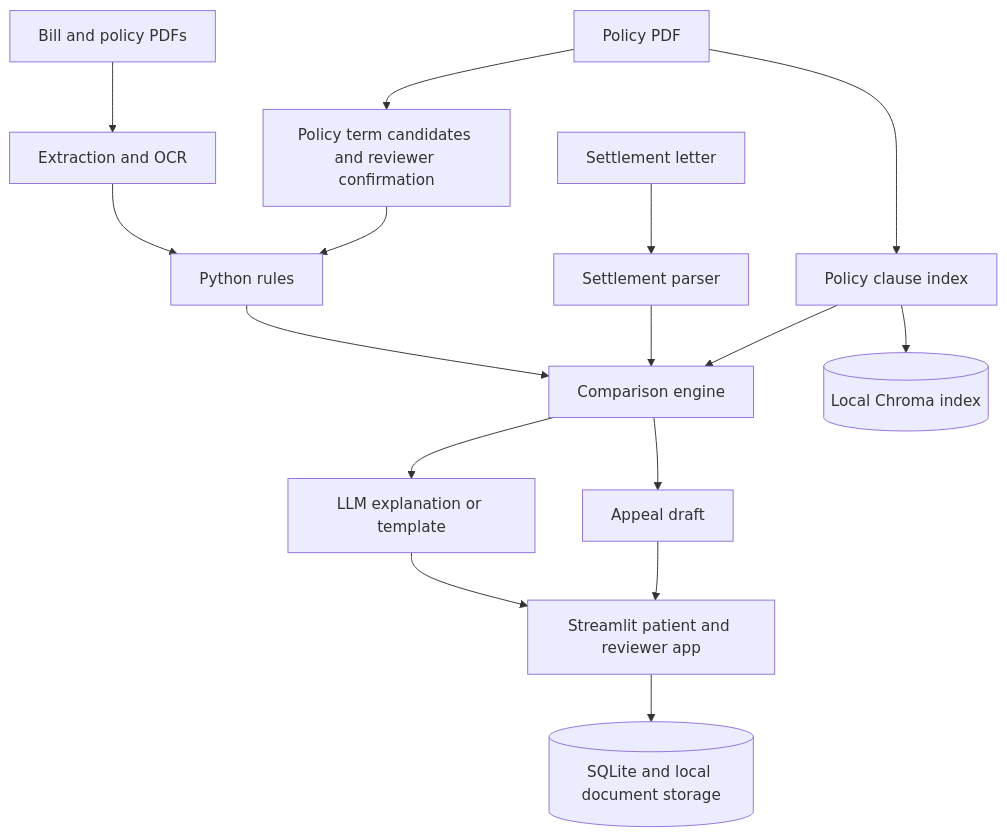
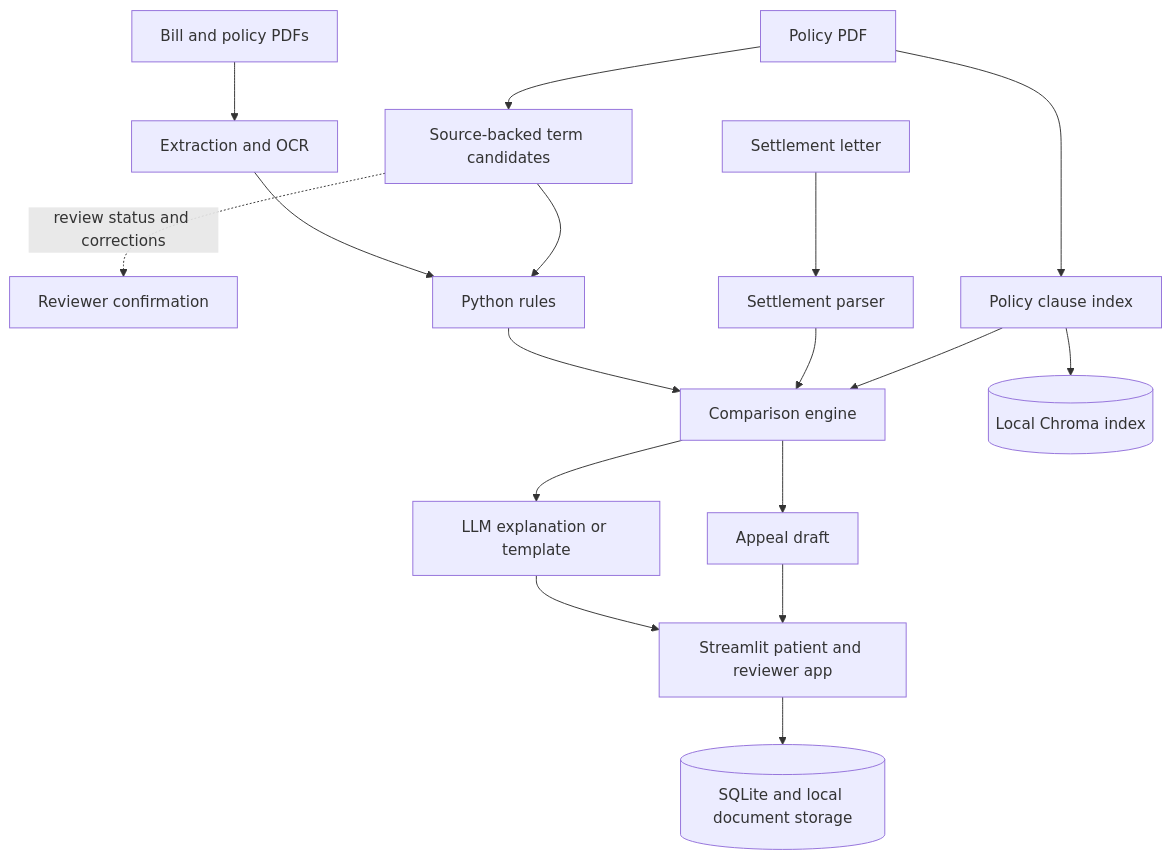
One commit to pratapasaivarun/MEDI-GAURD-AI- changed the diagram in README.md. Above: the diagram before and after it, drawn with Mermaid. The commit also changed other lines of this file and 11 other files, not shown here.

````diff
--- a/README.md
+++ b/README.md
@@ -15,18 +15,19 @@
 ```mermaid
 flowchart TD
   B[Bill and policy PDFs] --> X[Extraction and OCR]
-  P[Policy PDF] --> T[Policy term candidates and reviewer confirmation]
+  P[Policy PDF] --> T[Source-backed term candidates]
+  T -. review status and corrections .-> H[Reviewer confirmation]
   P --> I[Policy clause index]
   X --> R[Python rules]
   T --> R
   S[Settlement letter] --> SP[Settlement parser]
   R --> C[Comparison engine]
   SP --> C
   I --> C
   C --> A[LLM explanation or template]
   C --> D[Appeal draft]
   A --> U[Streamlit patient and reviewer app]
   D --> U
   U --> DB[(SQLite and local document storage)]
   I --> V[(Local Chroma index)]
 ```
````
